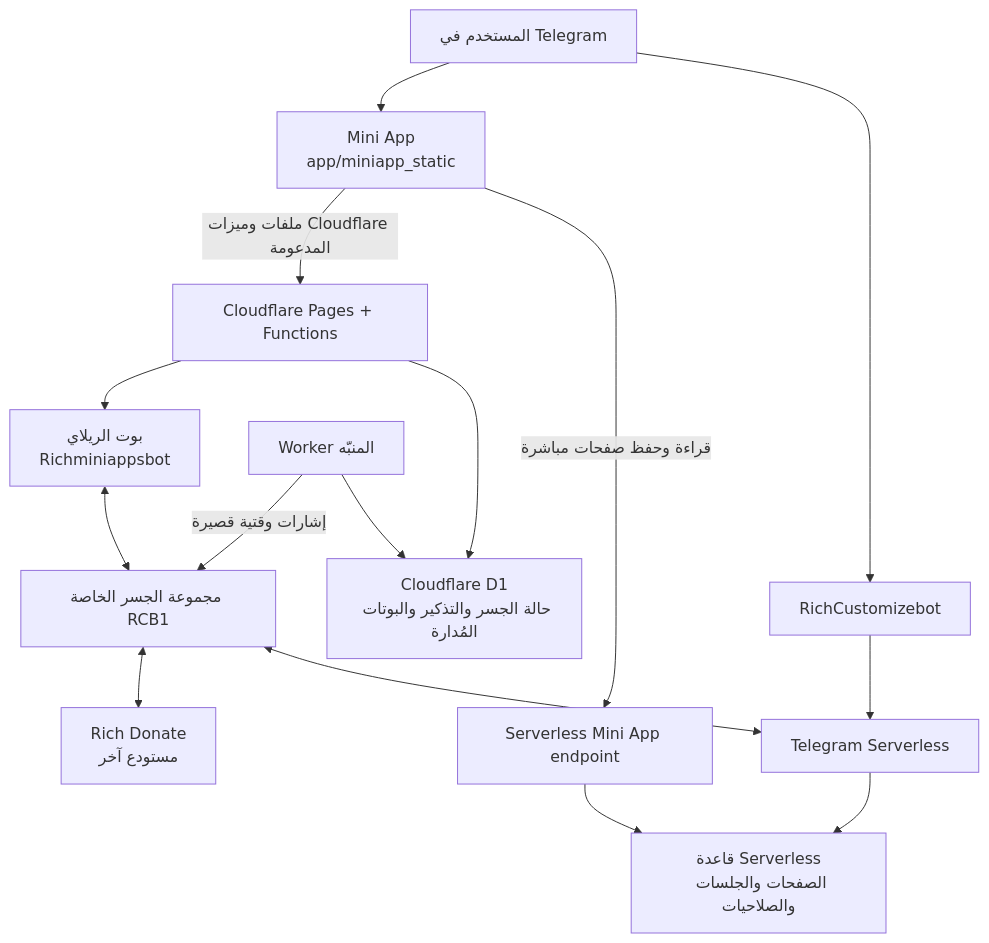
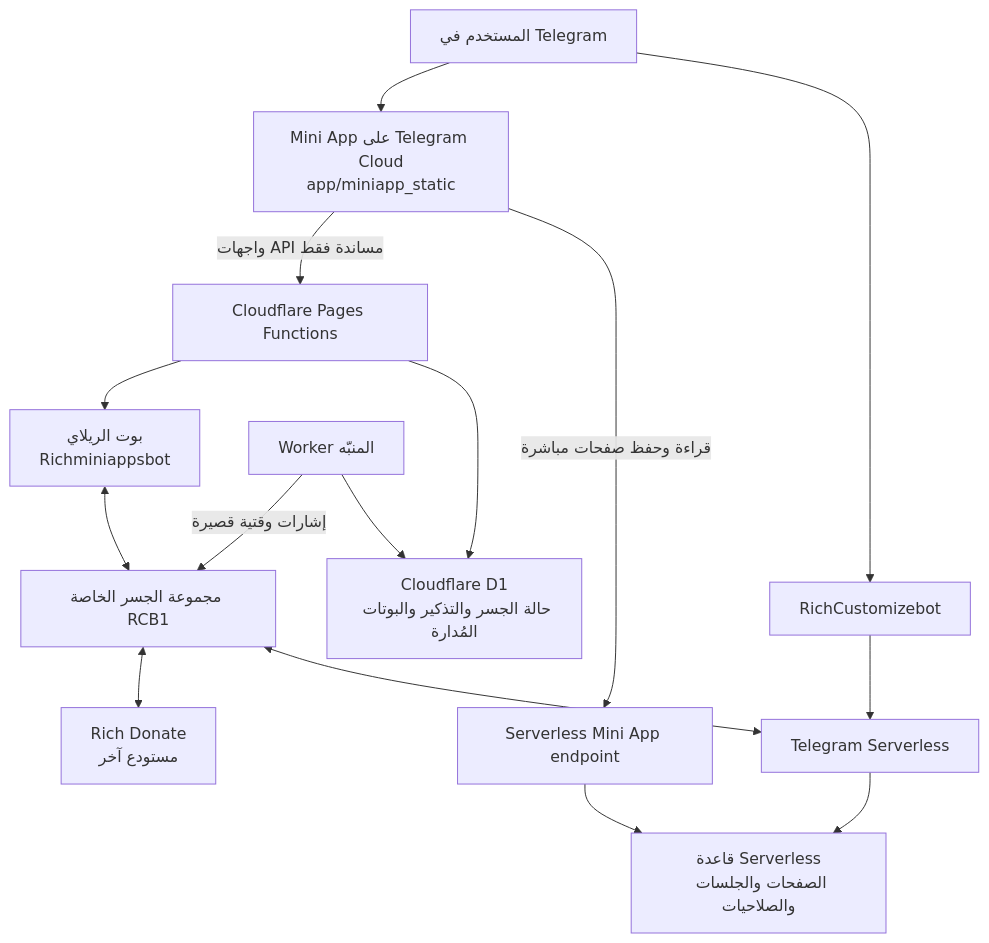
One commit to ihhaiq/Rich-Customize changed the diagram in md_files/PROJECT-MAP.md. Above: the diagram before and after it, drawn with Mermaid. The commit also changed other lines of this file and 51 other files, not shown here.

````diff
--- a/md_files/PROJECT-MAP.md
+++ b/md_files/PROJECT-MAP.md
@@ -21,20 +21,20 @@
 ```mermaid
 flowchart TD
     U[المستخدم في Telegram] --> B[RichCustomizebot]
     B --> RT[Telegram Serverless]
     RT --> DB[قاعدة Serverless<br/>الصفحات والجلسات والصلاحيات]
 
-    U --> UI[Mini App<br/>app/miniapp_static]
+    U --> UI[Mini App على Telegram Cloud<br/>app/miniapp_static]
     UI -->|قراءة وحفظ صفحات مباشرة| EP[Serverless Mini App endpoint]
     EP --> DB
-    UI -->|ملفات وميزات Cloudflare المدعومة| CF[Cloudflare Pages + Functions]
+    UI -->|واجهات API مساندة فقط| CF[Cloudflare Pages Functions]
     CF --> D1[Cloudflare D1<br/>حالة الجسر والتذكير والبوتات المُدارة]
     CF --> RELAY[بوت الريلاي<br/>Richminiappsbot]
     GROUP[مجموعة الجسر الخاصة RCB1]
     RELAY <--> GROUP
     GROUP <--> RT
 
     W[Worker المنبّه] --> D1
     W -->|إشارات وقتية قصيرة| GROUP
     GROUP <--> RD[Rich Donate<br/>مستودع آخر]
 ```
````
